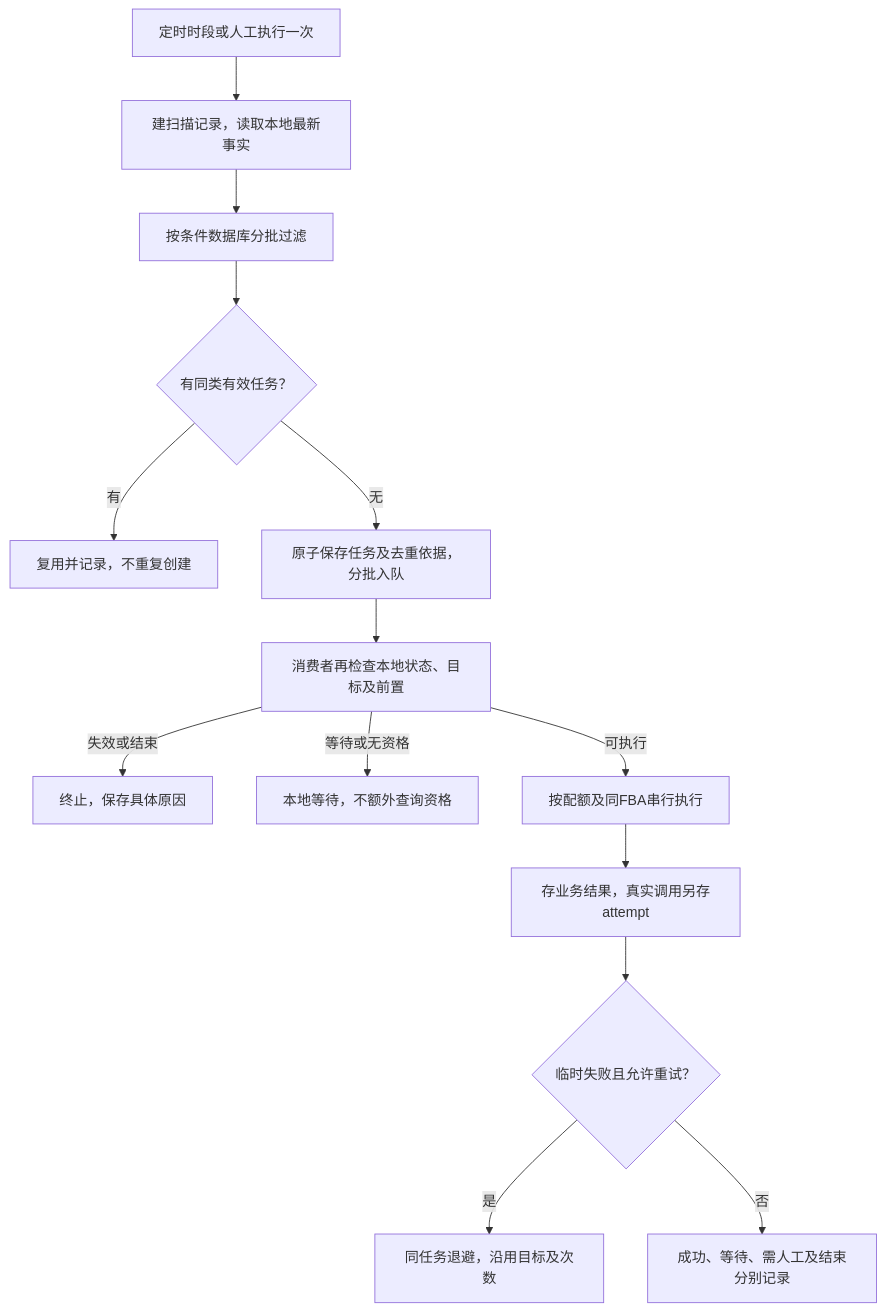
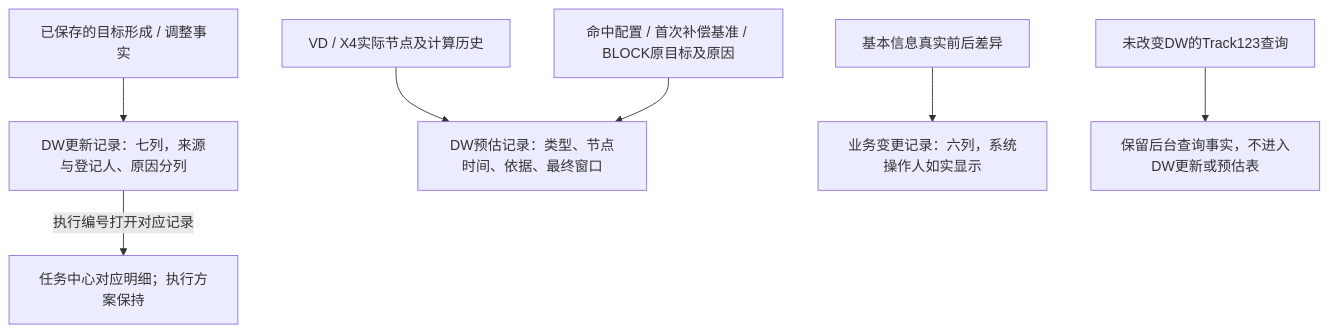
Before and after one commit to zhangwen960722/luna-daily: diagram 14 of 16 in 0-产品经理使用IDE/drafts/Amazon管理/Amazon管理产品方案.md, drawn with Mermaid. The commit also changed other lines of this file and 8 other files, not shown here.

````diff
--- a/0-产品经理使用IDE/drafts/Amazon管理/Amazon管理产品方案.md
+++ b/0-产品经理使用IDE/drafts/Amazon管理/Amazon管理产品方案.md
@@ -900,16 +1230,9 @@
 ```mermaid
 flowchart TB
-    A["定时时段或人工执行一次"] --> B["建扫描记录，读取本地最新事实"]
-    B --> C["按条件数据库分批过滤"]
-    C --> D{"有同类有效任务？"}
-    D -->|有| E["复用并记录，不重复创建"]
-    D -->|无| F["原子保存任务及去重依据，分批入队"]
-    F --> G["消费者再检查本地状态、目标及前置"]
-    G -->|失效或结束| H["终止，保存具体原因"]
-    G -->|等待或无资格| I["本地等待，不额外查询资格"]
-    G -->|可执行| J["按配额及同FBA串行执行"]
-    J --> K["存业务结果，真实调用另存attempt"]
-    K --> L{"临时失败且允许重试？"}
-    L -->|是| M["同任务退避，沿用目标及次数"]
-    L -->|否| N["成功、等待、需人工及结束分别记录"]
+    A["已保存的目标形成 / 调整事实"] --> B["DW更新记录：七列，来源与登记人、原因分列"]
+    C["VD / X4实际节点及计算历史"] --> D["DW预估记录：类型、节点时间、依据、最终窗口"]
+    E["命中配置 / 首次补偿基准 / BLOCK原目标及原因"] --> D
+    F["基本信息真实前后差异"] --> G["业务变更记录：六列，系统操作人如实显示"]
+    H["未改变DW的Track123查询"] --> I["保留后台查询事实，不进入DW更新或预估表"]
+    B -->|"执行编号打开对应记录"| J["任务中心对应明细；执行方案保持"]
 ```
````
